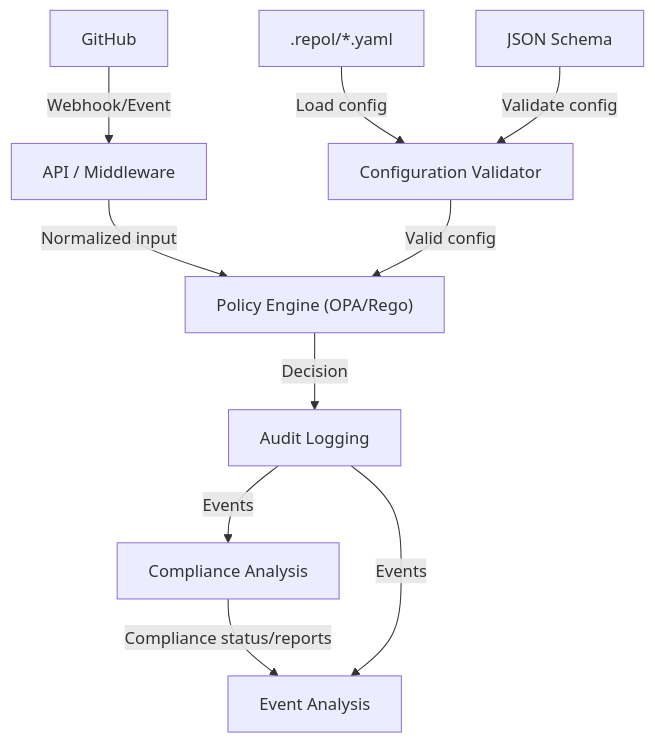
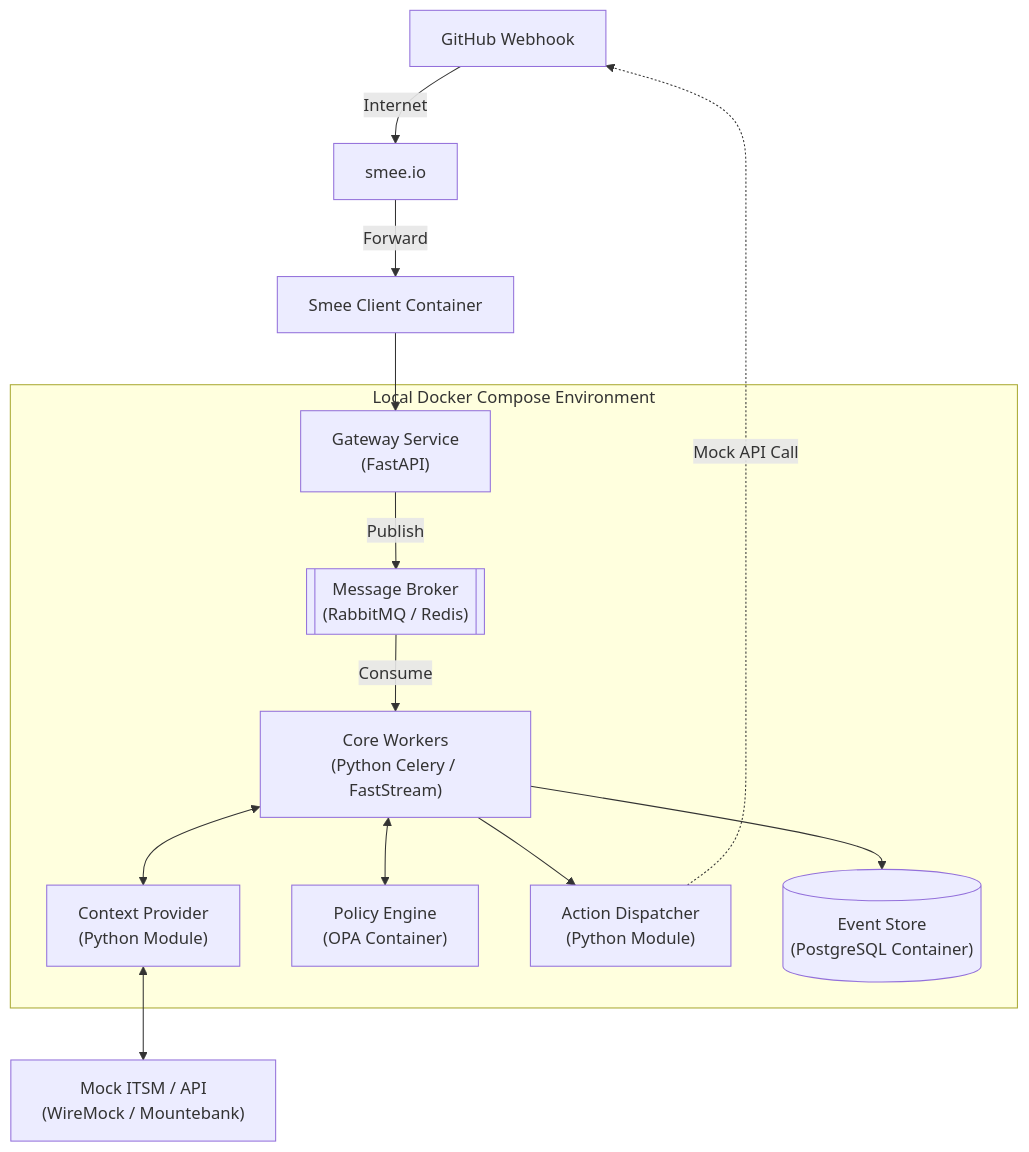
One commit to erasmo-dominguez-stuff/repol changed the fourth of 5 diagrams in docs/adr-initial-architecture.md. Above: the diagram before and after it, drawn with Mermaid. The commit also changed other lines of this file, not shown here.

First line of the commit message:
Revise architecture to event-driven model

````diff
--- a/docs/adr-initial-architecture.md
+++ b/docs/adr-initial-architecture.md
@@ -122,22 +125,32 @@
 ```mermaid
 flowchart TD
-   GH["GitHub"]
-   API["API / Middleware"]
-   Validator["Configuration Validator"]
-   Engine["Policy Engine (OPA/Rego)"]
-   Audit["Audit Logging"]
-   Compliance["Compliance Analysis"]
-   Analysis["Event Analysis"]
-   Config[".repol/*.yaml"]
-   Schema["JSON Schema"]
+    GH["GitHub Webhook"] -- "Internet" --> Smee["smee.io"]
+    Smee -- "Forward" --> SmeeClient["Smee Client Container"]
 
-   GH -- "Webhook/Event" --> API
-   Config -- "Load config" --> Validator
-   Schema -- "Validate config" --> Validator
-   API -- "Normalized input" --> Engine
-   Validator -- "Valid config" --> Engine
-   Engine -- "Decision" --> Audit
-   Audit -- "Events" --> Compliance
-   Compliance -- "Compliance status/reports" --> Analysis
-   Audit -- "Events" --> Analysis
+    subgraph Local_Event_Driven_Stack [Local Docker Compose Environment]
+        Gateway["Gateway Service<br/>(FastAPI)"]
+        EventBus[["Message Broker<br/>(RabbitMQ / Redis)"]]
+        
+        WorkerCore["Core Workers<br/>(Python Celery / FastStream)"]
+        Context["Context Provider<br/>(Python Module)"]
+        Engine["Policy Engine<br/>(OPA Container)"]
+        Dispatcher["Action Dispatcher<br/>(Python Module)"]
+        
+        DB[("Event Store<br/>(PostgreSQL Container)")]
+    end
+    
+    MockAPI["Mock ITSM / API<br/>(WireMock / Mountebank)"]
+
+    SmeeClient --> Gateway
+    Gateway -- "Publish" --> EventBus
+    EventBus -- "Consume" --> WorkerCore
+    
+    WorkerCore <--> Context
+    Context <--> MockAPI
+    
+    WorkerCore <--> Engine
+    WorkerCore --> Dispatcher
+    Dispatcher -. "Mock API Call" .-> GH
+    
+    WorkerCore --> DB
 ```
````
